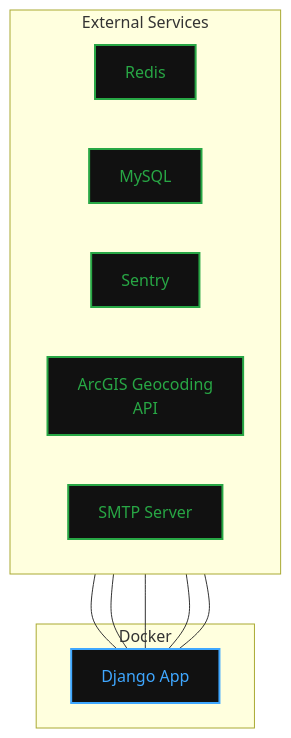
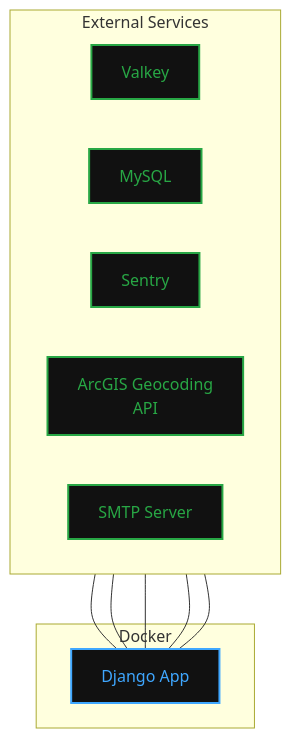
The first of 2 diagrams in README.md (osu-cass/hemp-db), drawn with Mermaid before and after one commit. The commit also changed other lines of this file and 8 other files, not shown here.

Commit message:
chore: bump redis to valkey and fix doc discrepancies

````diff
--- a/README.md
+++ b/README.md
@@ -138,26 +138,26 @@
 ```mermaid
 flowchart TB
     subgraph external[External Services]
         direction LR
-        redis[Redis]
+        valkey[Valkey]
         mysql[MySQL]
         sentry[Sentry]
         arcgis["ArcGIS Geocoding<br/>API"]
         smtp[SMTP Server]
     end
 
     subgraph docker[Docker]
         django[Django App]
     end
 
-    redis --- django
+    valkey --- django
     mysql --- django
     sentry --- django
     arcgis --- django
     smtp --- django
 
     classDef externalService fill:#111,stroke:#28a745,color:#28a745,stroke-width:2px
     classDef dockerService fill:#111,stroke:#3fa7ff,color:#3fa7ff,stroke-width:2px
-    class redis,mysql,sentry,arcgis,smtp externalService
+    class valkey,mysql,sentry,arcgis,smtp externalService
     class django dockerService
 ```
````
